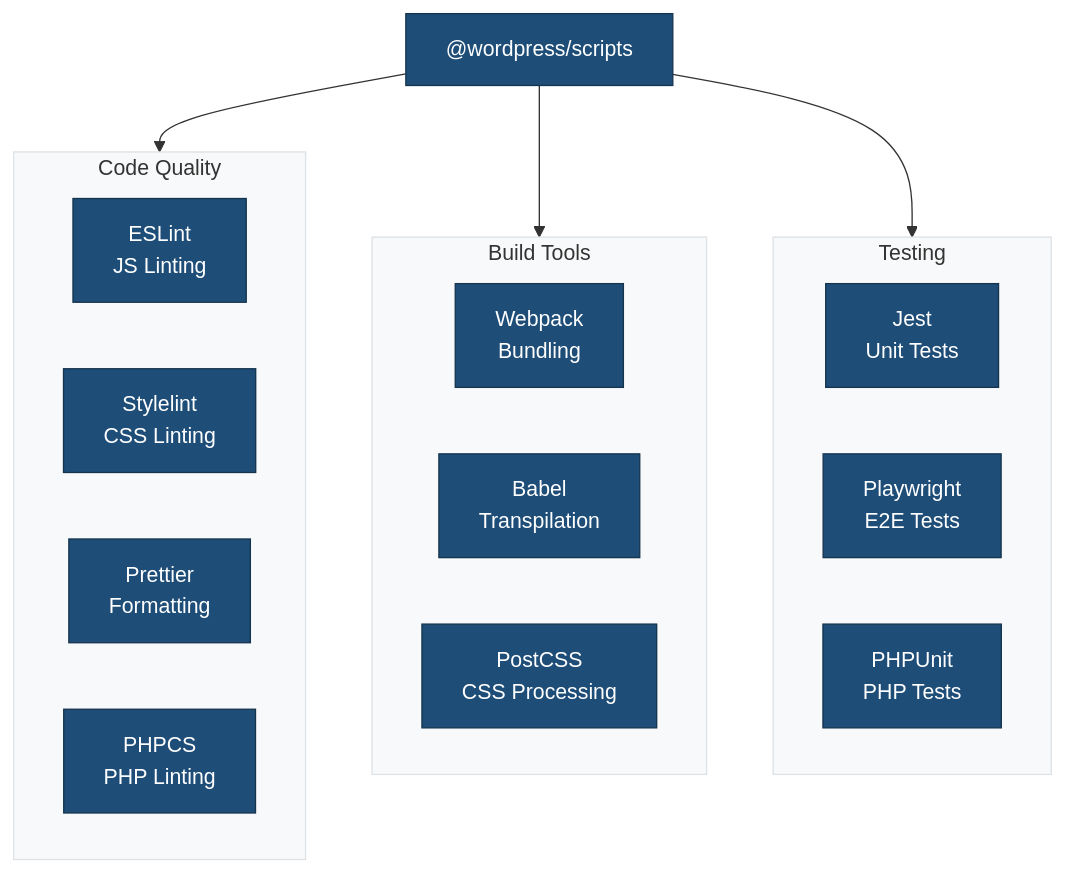
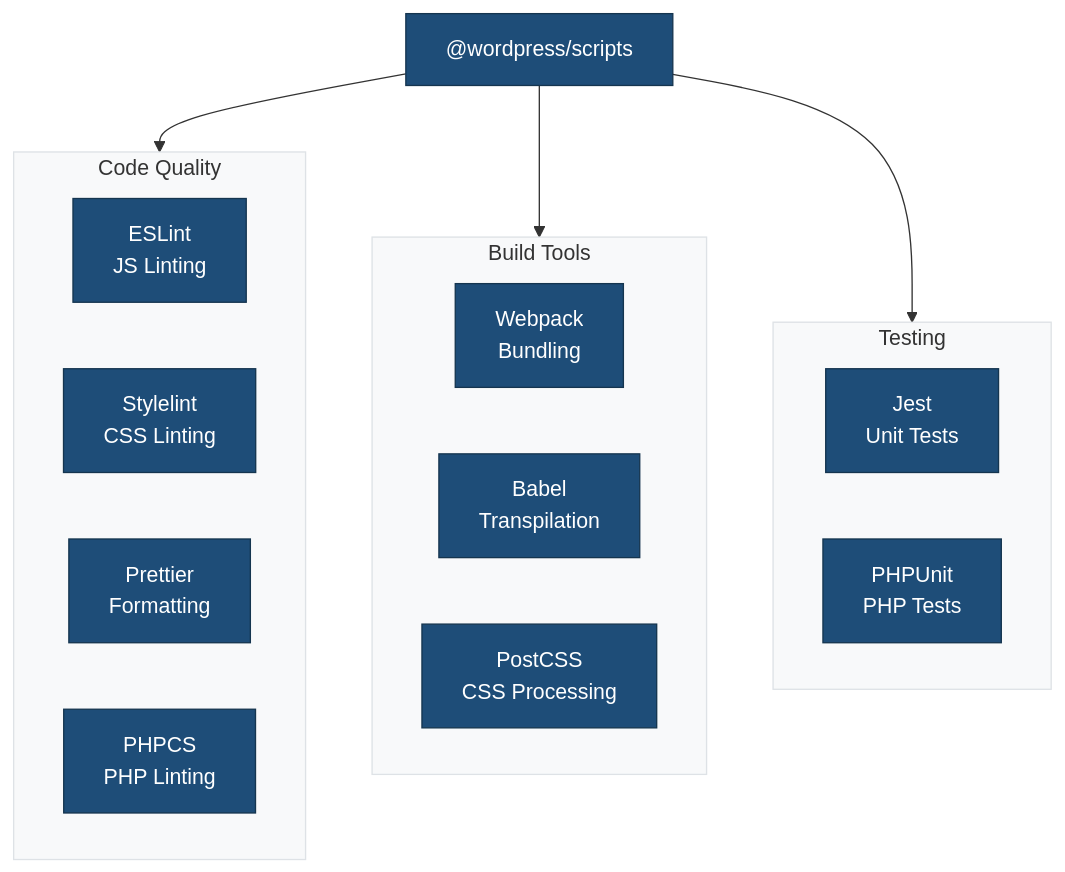
Before and after one commit to lightspeedwp/single-block-plugin-scaffold: the first of 2 diagrams in docs/TOOL-CONFIGS.md, drawn with Mermaid. The commit also changed other lines of this file and 4 other files, not shown here.

````diff
--- a/docs/TOOL-CONFIGS.md
+++ b/docs/TOOL-CONFIGS.md
@@ -154,26 +149,25 @@
 ```mermaid
 %%{init: {'theme': 'base', 'themeVariables': { 'primaryColor': '#1e4d78', 'primaryTextColor': '#ffffff', 'primaryBorderColor': '#15354f', 'lineColor': '#333333', 'secondaryColor': '#f0f0f0', 'tertiaryColor': '#e8e8e8', 'background': '#ffffff', 'mainBkg': '#1e4d78', 'textColor': '#333333', 'nodeBorder': '#15354f', 'clusterBkg': '#f8f9fa', 'clusterBorder': '#dee2e6', 'titleColor': '#333333'}}}%%
 flowchart TD
     subgraph Quality["Code Quality"]
         ESLint["ESLint<br/>JS Linting"]
         Stylelint["Stylelint<br/>CSS Linting"]
         Prettier["Prettier<br/>Formatting"]
         PHPCS["PHPCS<br/>PHP Linting"]
     end
 
     subgraph Build["Build Tools"]
         Webpack["Webpack<br/>Bundling"]
         Babel["Babel<br/>Transpilation"]
         PostCSS["PostCSS<br/>CSS Processing"]
     end
 
     subgraph Test["Testing"]
         Jest["Jest<br/>Unit Tests"]
-        Playwright["Playwright<br/>E2E Tests"]
         PHPUnit["PHPUnit<br/>PHP Tests"]
     end
 
     WPScripts["@wordpress/scripts"] --> Quality
     WPScripts --> Build
     WPScripts --> Test
 ```
````
